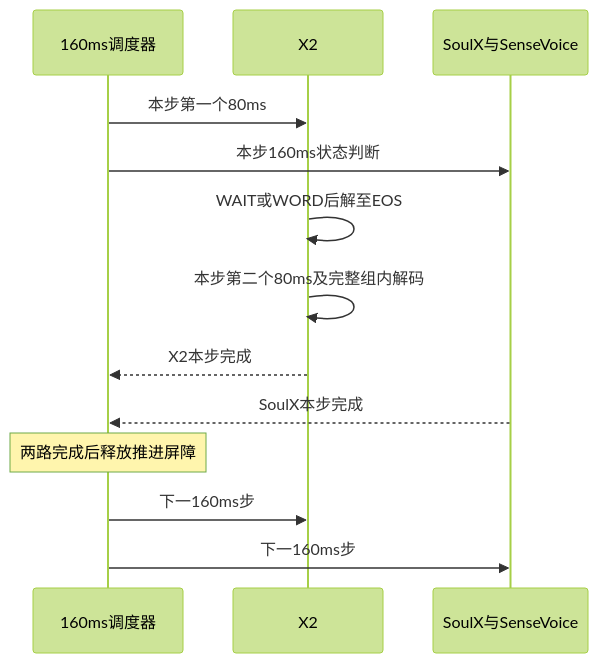
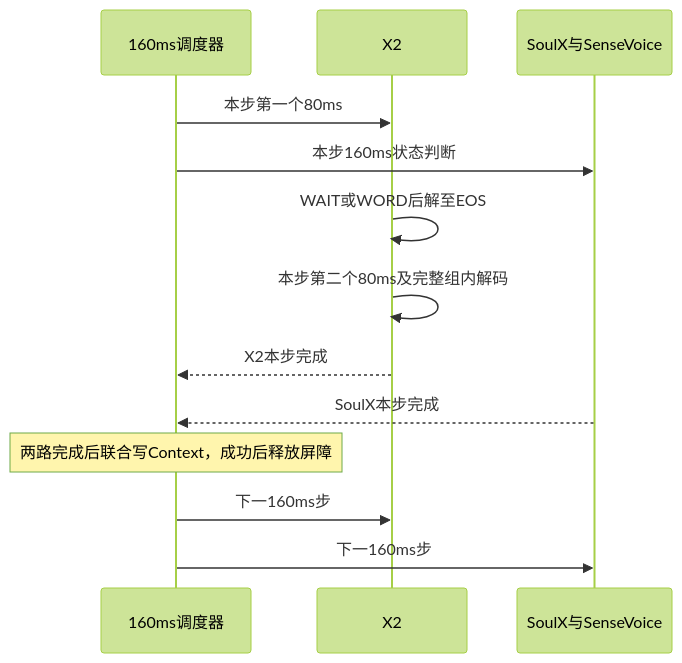
The second of 2 diagrams in docs/dev/SoulX-Duplug/independent_streaming_frontend.md (Vitalrubbish/InterClarify), drawn with Mermaid (forest theme) before and after one commit. The commit also changed other lines of this file and 15 other files, not shown here.

````diff
--- a/docs/dev/SoulX-Duplug/independent_streaming_frontend.md
+++ b/docs/dev/SoulX-Duplug/independent_streaming_frontend.md
@@ -57,15 +51,15 @@
 ```mermaid
 sequenceDiagram
     participant S as 160ms调度器
     participant X as X2
     participant C as SoulX与SenseVoice
     S->>X: 本步第一个80ms
     S->>C: 本步160ms状态判断
     X->>X: WAIT或WORD后解至EOS
     X->>X: 本步第二个80ms及完整组内解码
     X-->>S: X2本步完成
     C-->>S: SoulX本步完成
-    Note over S: 两路完成后释放推进屏障
+    Note over S: 两路完成后联合写Context，成功后释放屏障
     S->>X: 下一160ms步
     S->>C: 下一160ms步
 ```
````
